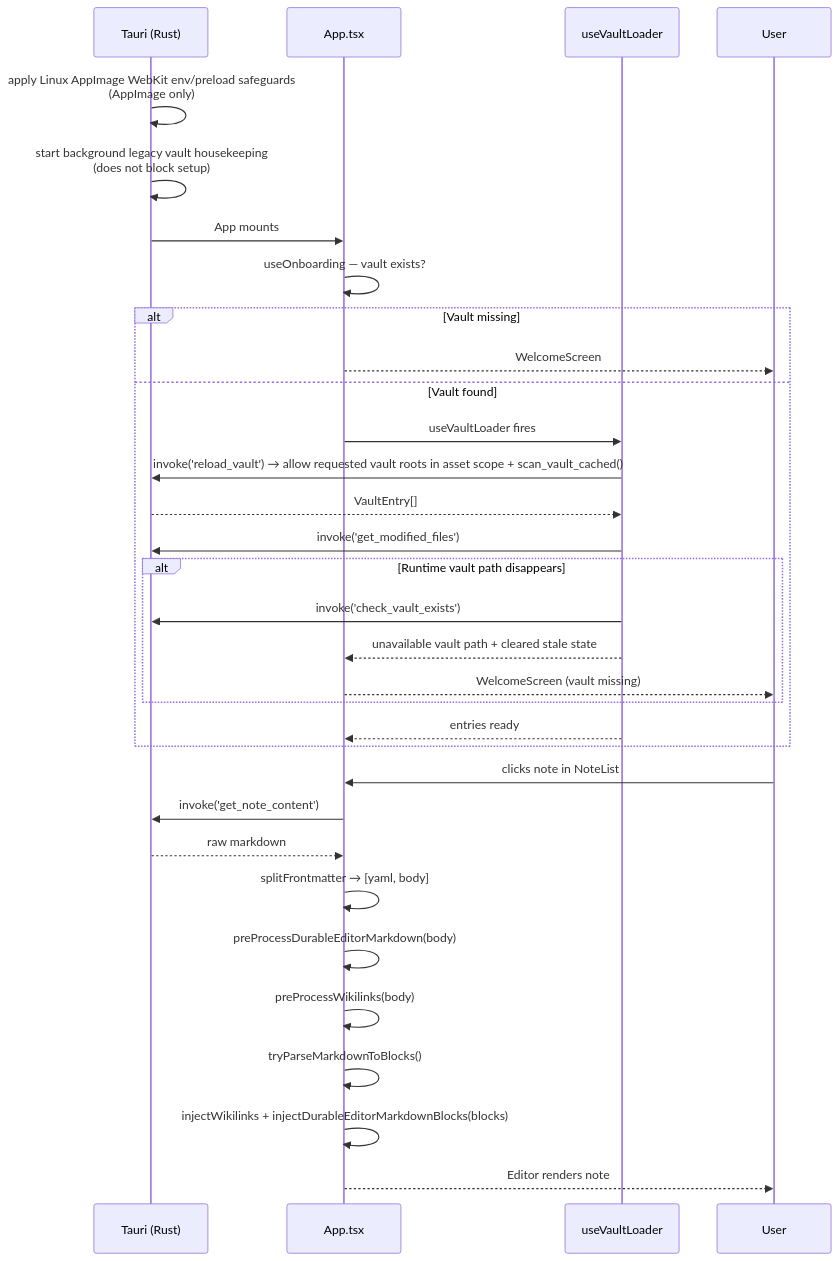
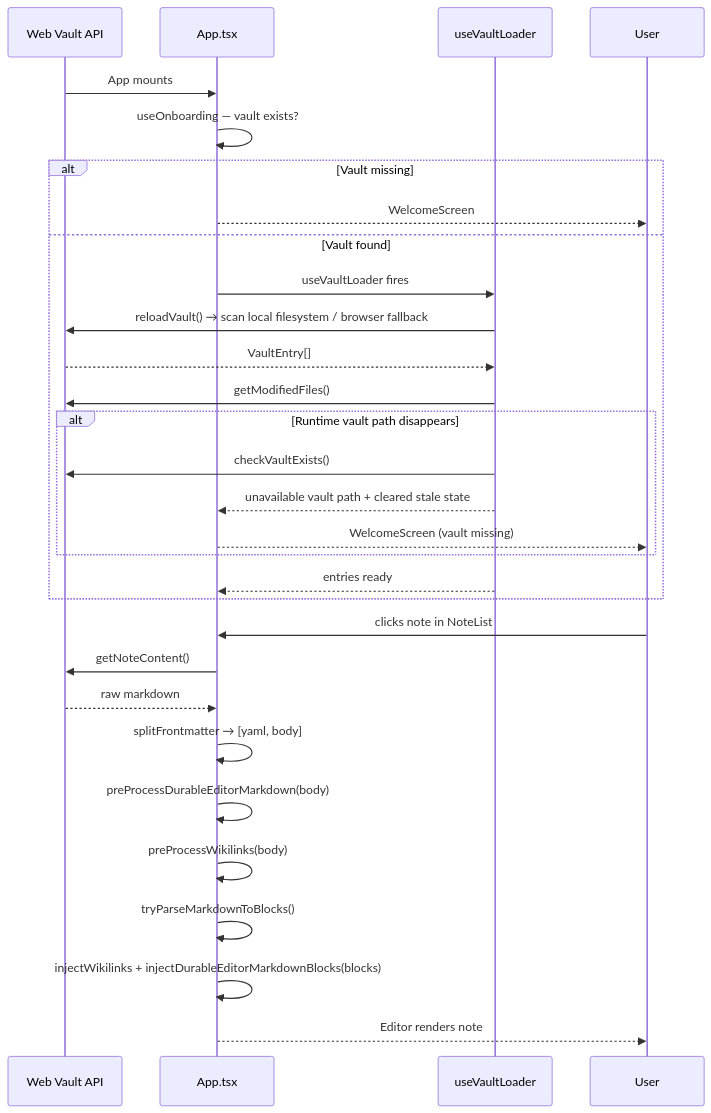
One commit to kohz87/Artemis changed the fourth of 7 diagrams in docs/ARCHITECTURE.md. Above: the diagram before and after it, drawn with Mermaid. The commit also changed other lines of this file and 362 other files, not shown here.

Commit message:
refactor: convert Artemis to web-only runtime

````diff
--- a/docs/ARCHITECTURE.md
+++ b/docs/ARCHITECTURE.md
@@ -364,37 +338,35 @@
 ```mermaid
 sequenceDiagram
-    participant T as Tauri (Rust)
+    participant API as Web Vault API
     participant A as App.tsx
     participant VL as useVaultLoader
     participant U as User
 
-    T->>T: apply Linux AppImage WebKit env/preload safeguards<br/>(AppImage only)
-    T->>T: start background legacy vault housekeeping<br/>(does not block setup)
-    T->>A: App mounts
+    API->>A: App mounts
 
     A->>A: useOnboarding — vault exists?
     alt Vault missing
         A-->>U: WelcomeScreen
     else Vault found
         A->>VL: useVaultLoader fires
-        VL->>T: invoke('reload_vault') → allow requested vault roots in asset scope + scan_vault_cached()
-        T-->>VL: VaultEntry[]
-        VL->>T: invoke('get_modified_files')
+        VL->>API: reloadVault() → scan local filesystem / browser fallback
+        API-->>VL: VaultEntry[]
+        VL->>API: getModifiedFiles()
         alt Runtime vault path disappears
-            VL->>T: invoke('check_vault_exists')
+            VL->>API: checkVaultExists()
             VL-->>A: unavailable vault path + cleared stale state
             A-->>U: WelcomeScreen (vault missing)
         end
         VL-->>A: entries ready
     end
 
     U->>A: clicks note in NoteList
-    A->>T: invoke('get_note_content')
-    T-->>A: raw markdown
+    A->>API: getNoteContent()
+    API-->>A: raw markdown
     A->>A: splitFrontmatter → [yaml, body]
     A->>A: preProcessDurableEditorMarkdown(body)
     A->>A: preProcessWikilinks(body)
     A->>A: tryParseMarkdownToBlocks()
     A->>A: injectWikilinks + injectDurableEditorMarkdownBlocks(blocks)
     A-->>U: Editor renders note
 ```
````
